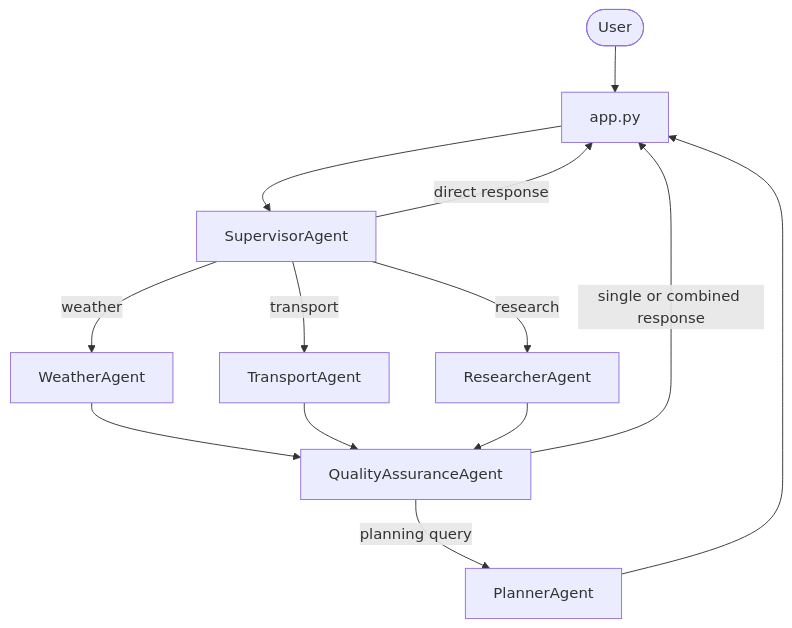
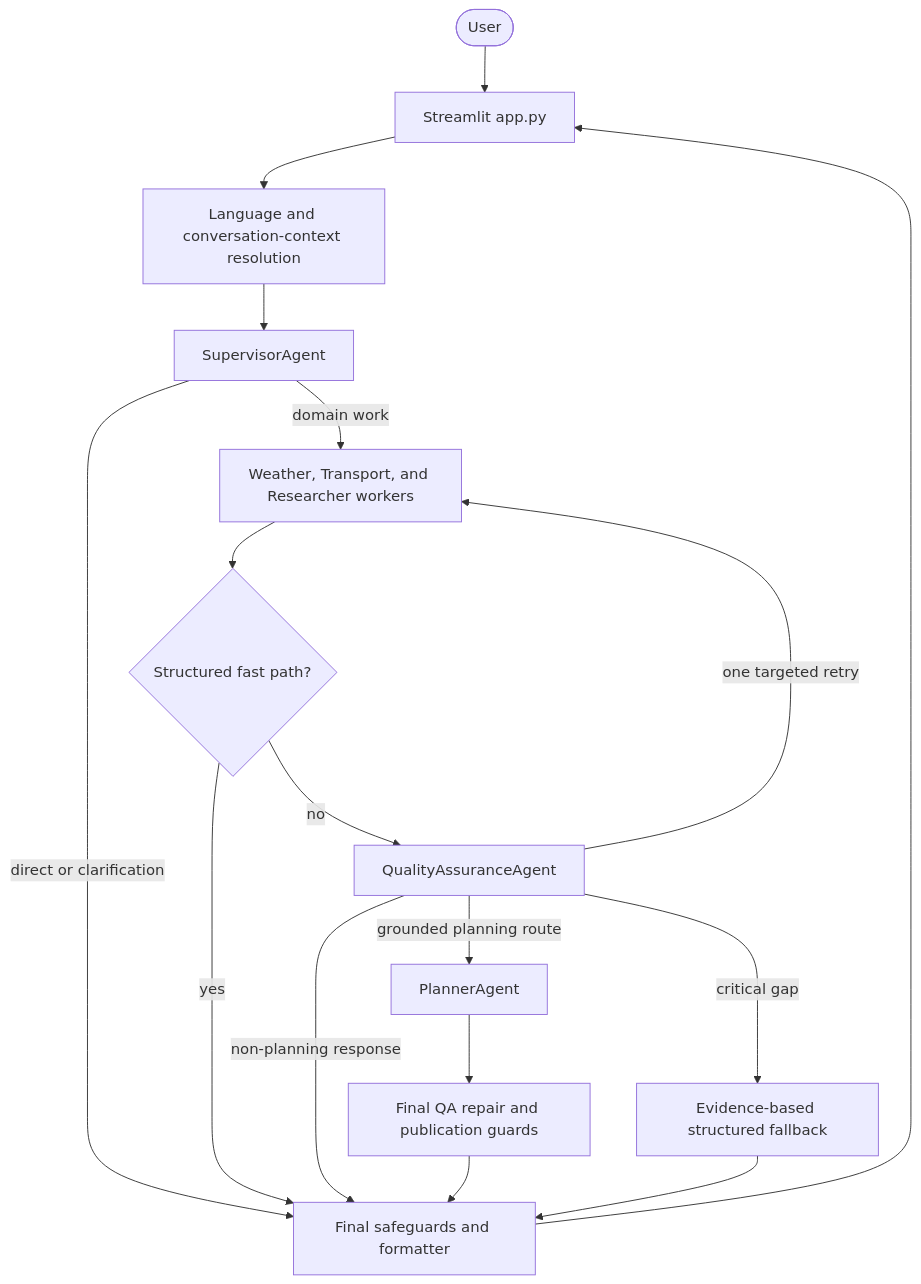
Before and after one commit to Silvestre17/LISBOA_MultiAgentSystem: the diagram in docs/02_SYSTEM_ARCHITECTURE.md, drawn with Mermaid. The commit also changed other lines of this file and 7 other files, not shown here.

````diff
--- a/docs/02_SYSTEM_ARCHITECTURE.md
+++ b/docs/02_SYSTEM_ARCHITECTURE.md
@@ -28,18 +28,22 @@
 ```mermaid
-graph TD
-  User([User]) --> UI[app.py]
-  UI --> Supervisor[SupervisorAgent]
+flowchart TD
+  User([User]) --> UI[Streamlit app.py]
+  UI --> Context[Language and conversation-context resolution]
+  Context --> Supervisor[SupervisorAgent]
 
-  Supervisor -->|direct response| UI
-  Supervisor -->|weather| Weather[WeatherAgent]
-  Supervisor -->|transport| Transport[TransportAgent]
-  Supervisor -->|research| Researcher[ResearcherAgent]
+  Supervisor -->|direct or clarification| Final[Final safeguards and formatter]
+  Supervisor -->|domain work| Workers[Weather, Transport, and Researcher workers]
 
-  Weather --> QA[QualityAssuranceAgent]
-  Transport --> QA
-  Researcher --> QA
+  Workers --> Gates{Structured fast path?}
+  Gates -->|yes| Final
+  Gates -->|no| QA[QualityAssuranceAgent]
+  QA -->|one targeted retry| Workers
+  QA -->|non-planning response| Final
+  QA -->|grounded planning route| Planner[PlannerAgent]
+  QA -->|critical gap| Fallback[Evidence-based structured fallback]
 
-  QA -->|planning query| Planner[PlannerAgent]
-  QA -->|single or combined response| UI
-  Planner --> UI
+  Planner --> Publication[Final QA repair and publication guards]
+  Publication --> Final
+  Fallback --> Final
+  Final --> UI
 ```
````
